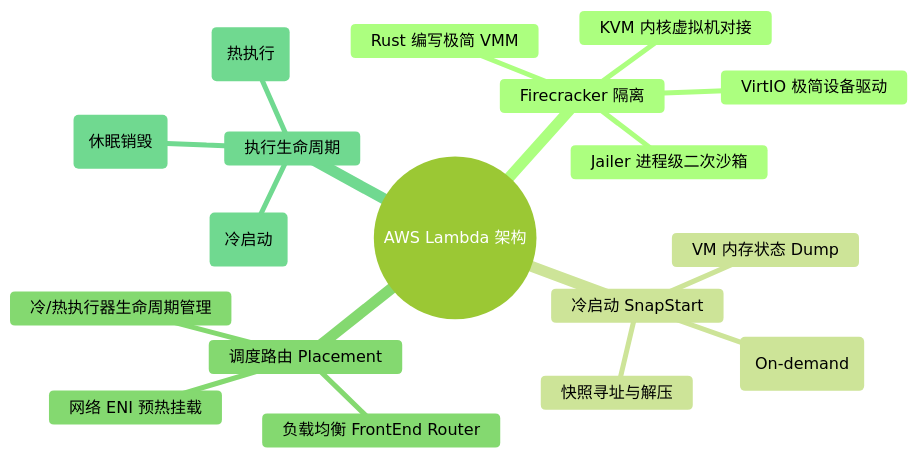
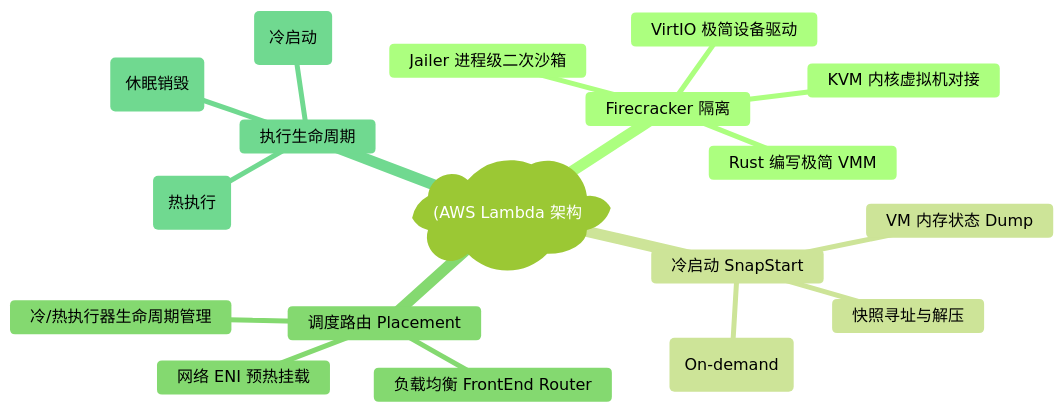
Before and after one commit to koosai/AI-Architect-Learning: the first of 6 diagrams in docs/atlas/aws-lambda.mdx, drawn with Mermaid (forest theme). The commit also changed 187 other files, not shown here.

Commit message:
fix(mermaid): fix all unquoted parens and edge label syntax errors across all docs

````diff
--- a/docs/atlas/aws-lambda.mdx
+++ b/docs/atlas/aws-lambda.mdx
@@ -62,21 +62,21 @@
 ```mermaid
 mindmap
-  root((AWS Lambda 架构))
+  root("(AWS Lambda 架构"))
     Firecracker 隔离
       Rust 编写极简 VMM
       KVM 内核虚拟机对接
       Jailer 进程级二次沙箱
       VirtIO 极简设备驱动
     冷启动 SnapStart
       VM 内存状态 Dump
       页面级惰性加载 (On-demand)
       快照寻址与解压
     调度路由 Placement
       负载均衡 FrontEnd Router
       冷/热执行器生命周期管理
       网络 ENI 预热挂载
     执行生命周期
       INIT 阶段 (冷启动)
       INVOKE 阶段 (热执行)
       SHUTDOWN 阶段 (休眠销毁)
 ```
````
